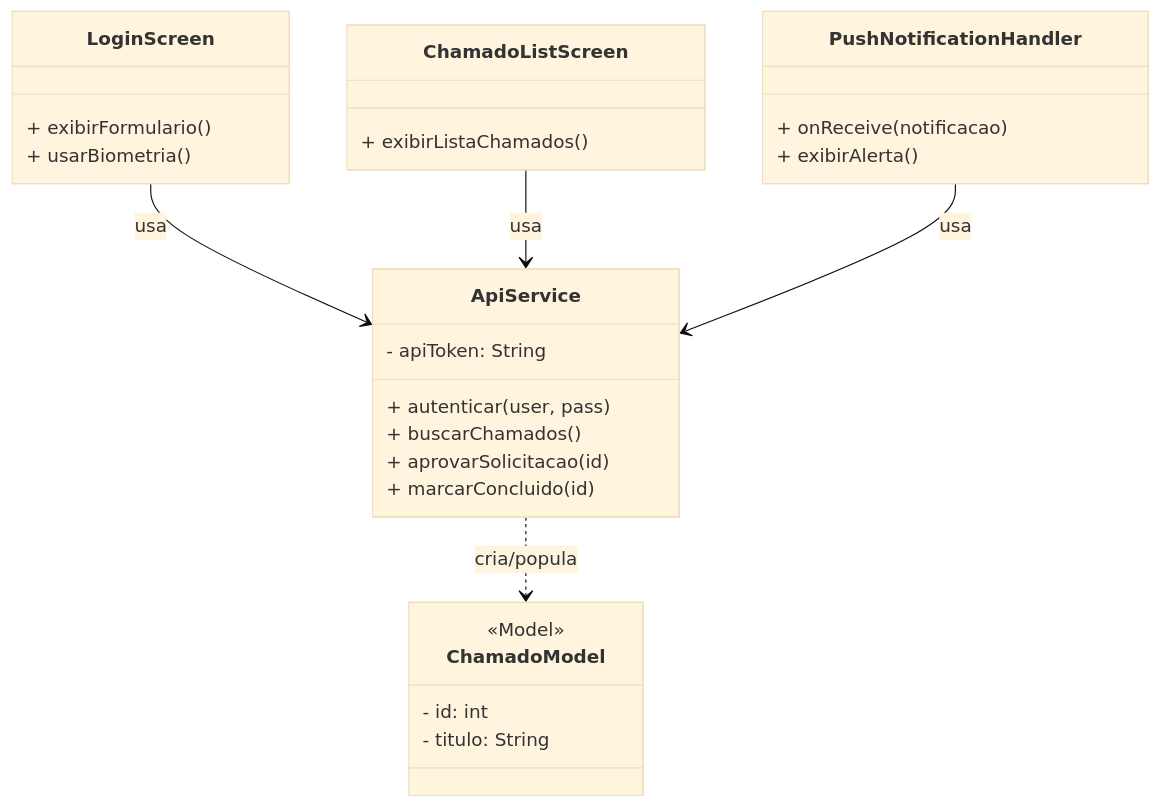
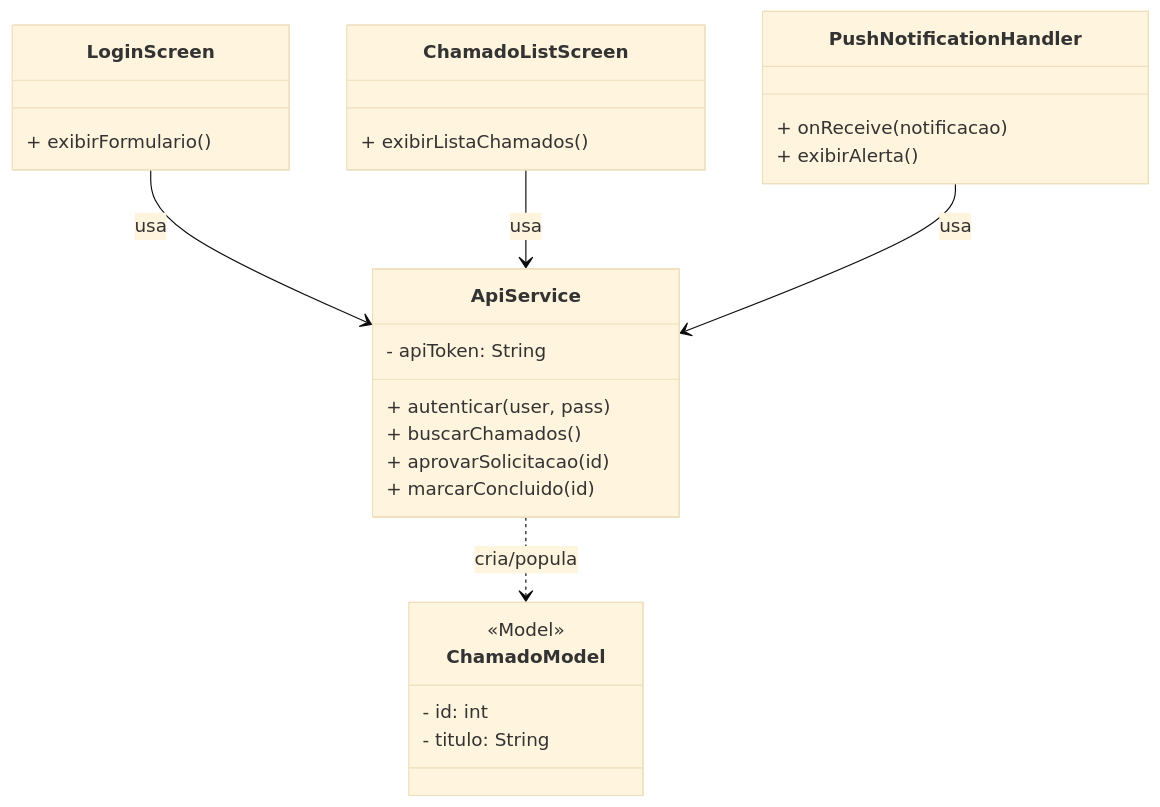
One commit to CordeiroGente/Backroom changed the third of 3 diagrams in Documentação/Diagramas/Diagrama de Classe.md. Above: the diagram before and after it, drawn with Mermaid (base theme).

Commit message:
Update Diagrama de Classe.md

````diff
--- a/Documentação/Diagramas/Diagrama de Classe.md
+++ b/Documentação/Diagramas/Diagrama de Classe.md
@@ -55,37 +55,36 @@
 ```mermaid
 classDiagram
     direction TB
 
     class LoginScreen {
         + exibirFormulario()
-        + usarBiometria()
     }
 
     class ChamadoListScreen {
         + exibirListaChamados()
     }
     
     class PushNotificationHandler {
         + onReceive(notificacao)
         + exibirAlerta()
     }
 
     class ApiService {
         - apiToken: String
         + autenticar(user, pass)
         + buscarChamados()
         + aprovarSolicitacao(id)
         + marcarConcluido(id)
     }
 
     class ChamadoModel {
         <<Model>>
         - id: int
         - titulo: String
     }
 
     LoginScreen --> ApiService : usa
     ChamadoListScreen --> ApiService : usa
     PushNotificationHandler --> ApiService : usa
     ApiService ..> ChamadoModel : cria/popula
 ```
````
